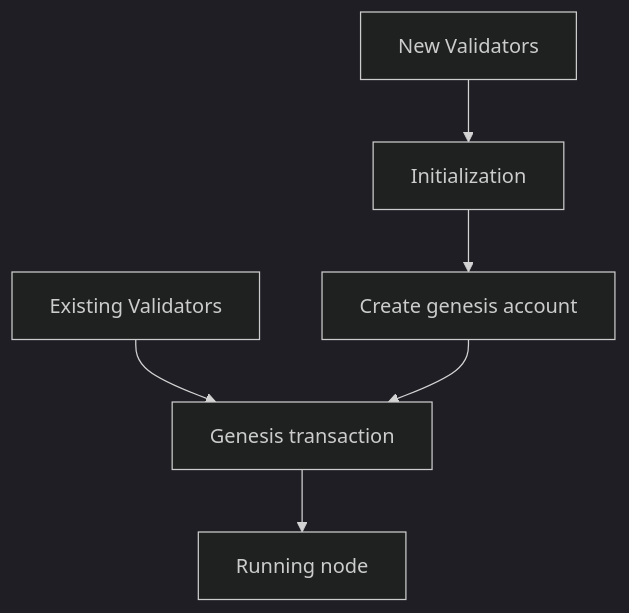
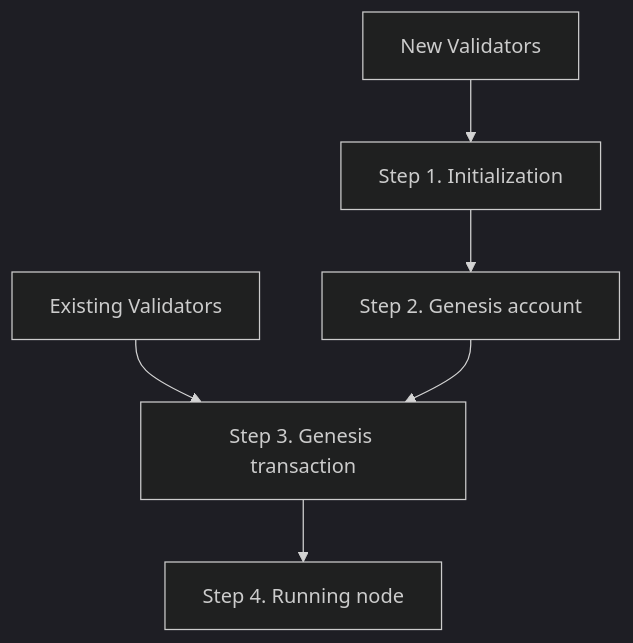
Before and after one commit to microtick/node-operations: the diagram in README.md, drawn with Mermaid (dark theme).

````diff
--- a/README.md
+++ b/README.md
@@ -3,8 +3,8 @@
 ```mermaid
 graph TD;
-  New[New Validators] --> Step1[Initialization];
-  Step1 --> Step2[Create genesis account];
-  Existing[Existing Validators] --> Step3[Genesis transaction]
+  New[New Validators] --> Step1[Step 1. Initialization];
+  Step1 --> Step2[Step 2. Genesis account];
+  Existing[Existing Validators] --> Step3[Step 3. Genesis transaction]
   Step2 --> Step3;
-  Step3 --> Step4[Running node]
+  Step3 --> Step4[Step 4. Running node]
 ```
````
